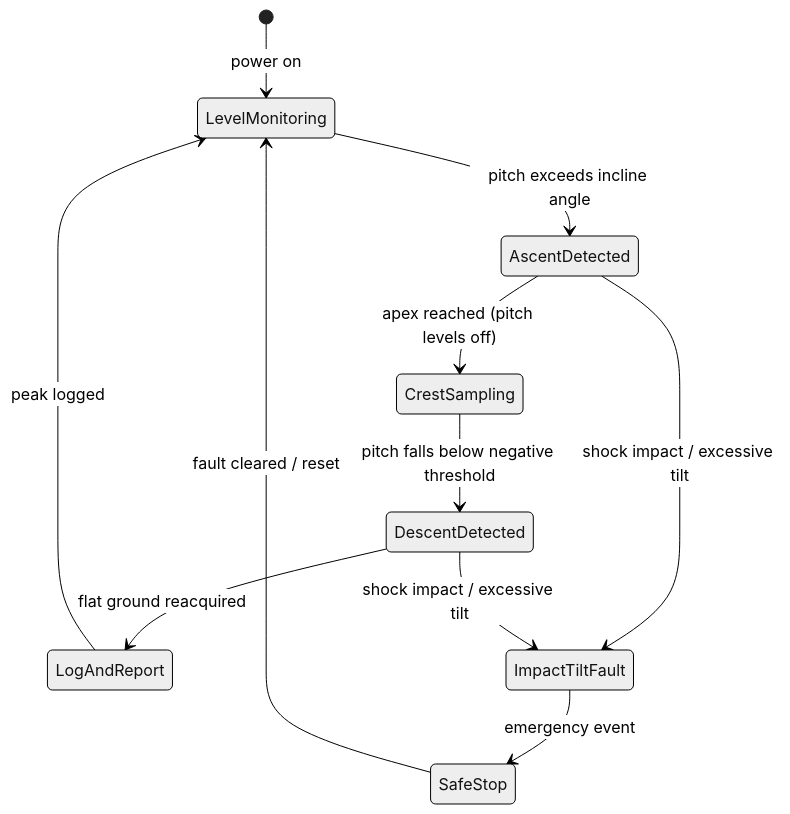
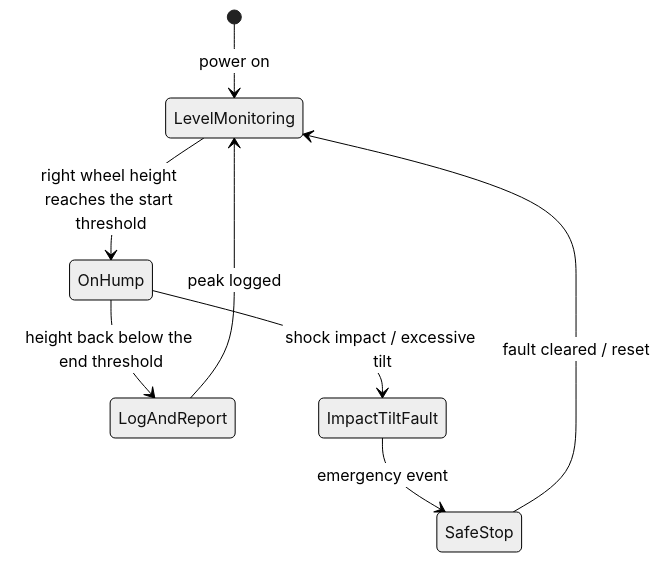
The fifth of 5 diagrams in docs/ARCHITECTURE.md (10x-Slackers/INF2004), drawn with Mermaid (neutral theme) before and after one commit. The commit also changed other lines of this file and 9 other files, not shown here.

First line of the commit message:
feat: hump detection under the right wheel for subsystem 4 (#4)

````diff
--- a/docs/ARCHITECTURE.md
+++ b/docs/ARCHITECTURE.md
@@ -241,13 +241,10 @@
 ```mermaid
 stateDiagram-v2
     [*] --> LevelMonitoring: power on
-    LevelMonitoring --> AscentDetected: pitch exceeds incline angle
-    AscentDetected --> CrestSampling: apex reached (pitch levels off)
-    CrestSampling --> DescentDetected: pitch falls below negative threshold
-    DescentDetected --> LogAndReport: flat ground reacquired
+    LevelMonitoring --> OnHump: right wheel height reaches the start threshold
+    OnHump --> LogAndReport: height back below the end threshold
     LogAndReport --> LevelMonitoring: peak logged
-    AscentDetected --> ImpactTiltFault: shock impact / excessive tilt
-    DescentDetected --> ImpactTiltFault: shock impact / excessive tilt
+    OnHump --> ImpactTiltFault: shock impact / excessive tilt
     ImpactTiltFault --> SafeStop: emergency event
     SafeStop --> LevelMonitoring: fault cleared / reset
 ```
````
